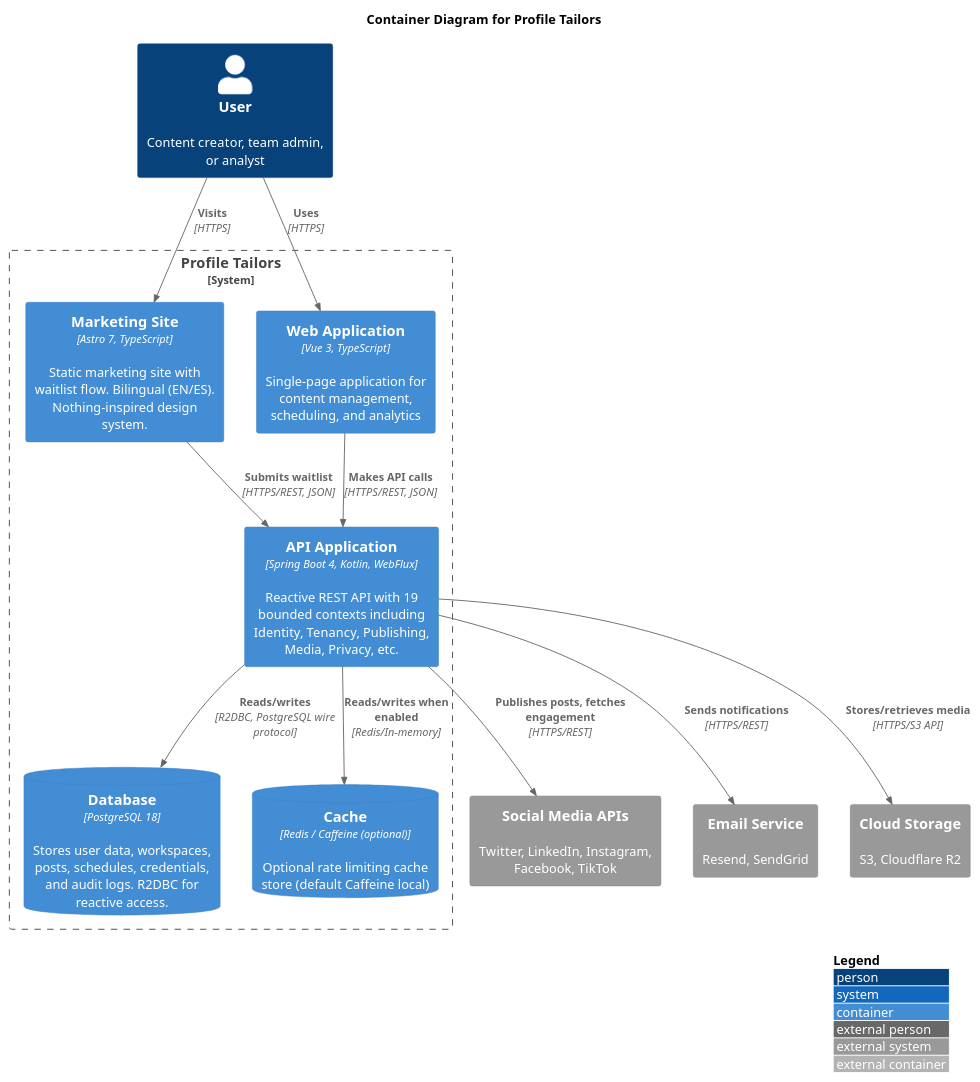
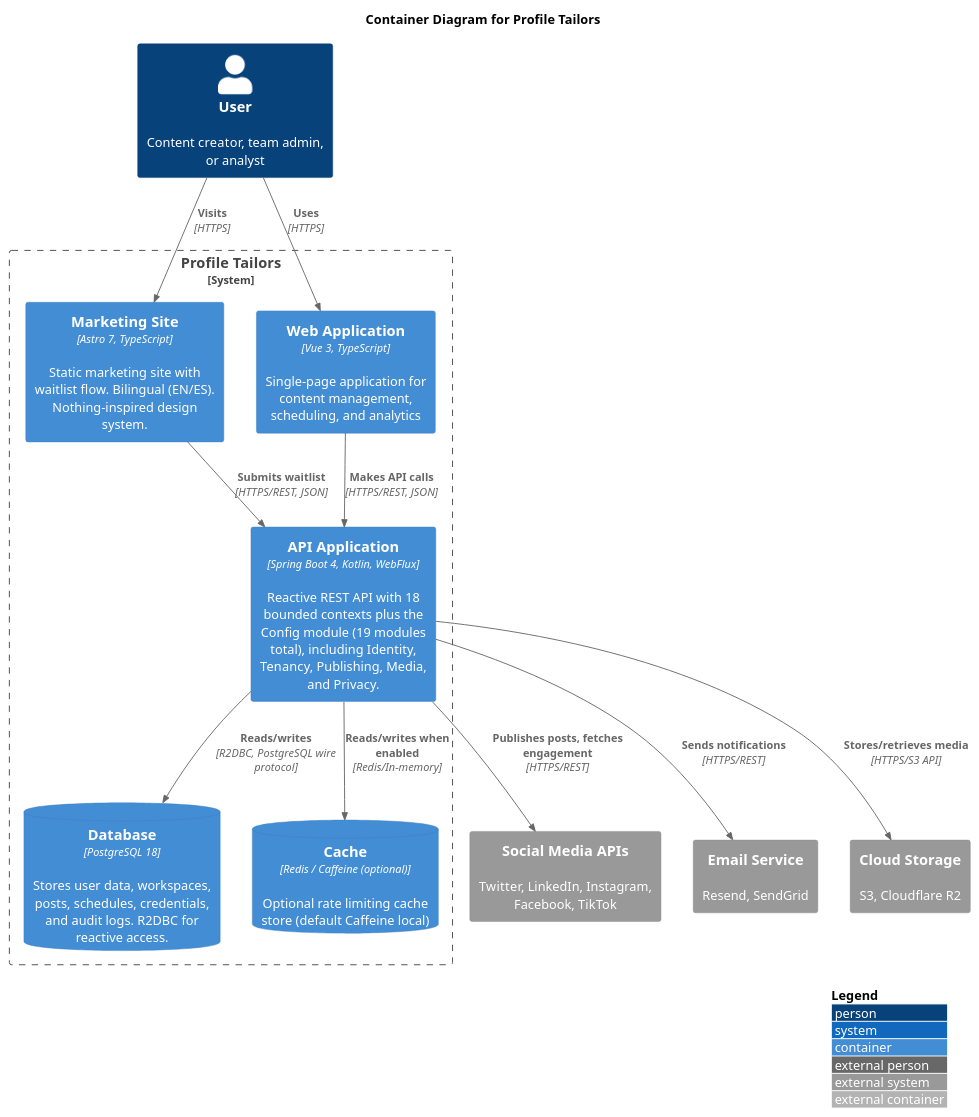
Before and after one commit to dallay/profiletailors.com: the first of 2 diagrams in docs/architecture/c4/02-container.md, drawn with PlantUML. The commit also changed other lines of this file and 13 other files, not shown here.

Commit message:
docs(architecture): clarify auth flow and bounded context count

````diff
--- a/docs/architecture/c4/02-container.md
+++ b/docs/architecture/c4/02-container.md
@@ -18,40 +18,40 @@
 ```plantuml
 @startuml C4_Container
 !include https://raw.githubusercontent.com/plantuml-stdlib/C4-PlantUML/master/C4_Container.puml
 
 LAYOUT_WITH_LEGEND()
 
 title Container Diagram for Profile Tailors
 
 Person(user, "User", "Content creator, team admin, or analyst")
 
 System_Boundary(profile_tailors, "Profile Tailors") {
     Container(web_app, "Marketing Site", "Astro 7, TypeScript", "Static marketing site with waitlist flow. Bilingual (EN/ES). Nothing-inspired design system.")
     
     Container(spa, "Web Application", "Vue 3, TypeScript", "Single-page application for content management, scheduling, and analytics")
     
-    Container(api, "API Application", "Spring Boot 4, Kotlin, WebFlux", "Reactive REST API with 19 bounded contexts including Identity, Tenancy, Publishing, Media, Privacy, etc.")
+    Container(api, "API Application", "Spring Boot 4, Kotlin, WebFlux", "Reactive REST API with 18 bounded contexts plus the Config module (19 modules total), including Identity, Tenancy, Publishing, Media, and Privacy.")
     
     ContainerDb(db, "Database", "PostgreSQL 18", "Stores user data, workspaces, posts, schedules, credentials, and audit logs. R2DBC for reactive access.")
     
     ContainerDb(cache, "Cache", "Redis / Caffeine (optional)", "Optional rate limiting cache store (default Caffeine local)")
 }
 
 System_Ext(social_media, "Social Media APIs", "Twitter, LinkedIn, Instagram, Facebook, TikTok")
 System_Ext(email, "Email Service", "Resend, SendGrid")
 System_Ext(storage, "Cloud Storage", "S3, Cloudflare R2")
 
 Rel(user, web_app, "Visits", "HTTPS")
 Rel(user, spa, "Uses", "HTTPS")
 
 Rel(spa, api, "Makes API calls", "HTTPS/REST, JSON")
 Rel(web_app, api, "Submits waitlist", "HTTPS/REST, JSON")
 
 Rel(api, db, "Reads/writes", "R2DBC, PostgreSQL wire protocol")
 Rel(api, cache, "Reads/writes when enabled", "Redis/In-memory")
 Rel(api, storage, "Stores/retrieves media", "HTTPS/S3 API")
 Rel(api, social_media, "Publishes posts, fetches engagement", "HTTPS/REST")
 Rel(api, email, "Sends notifications", "HTTPS/REST")
 
 @enduml
 ```
````
